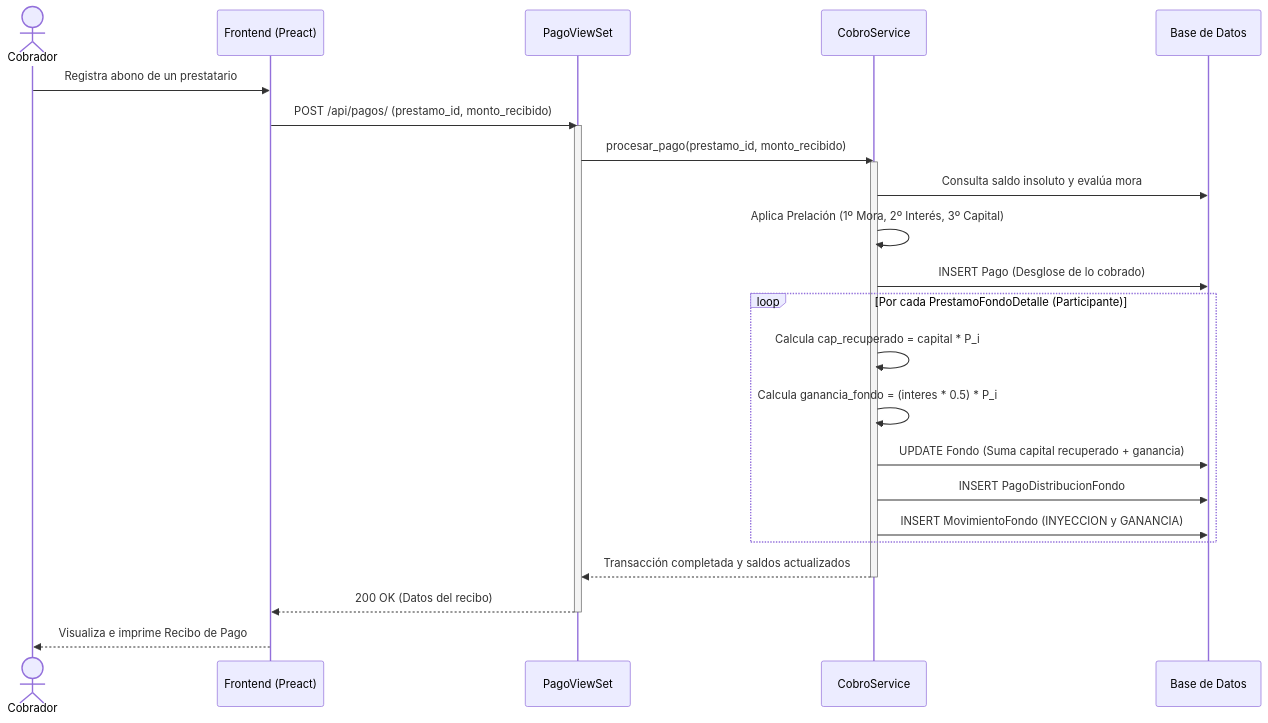
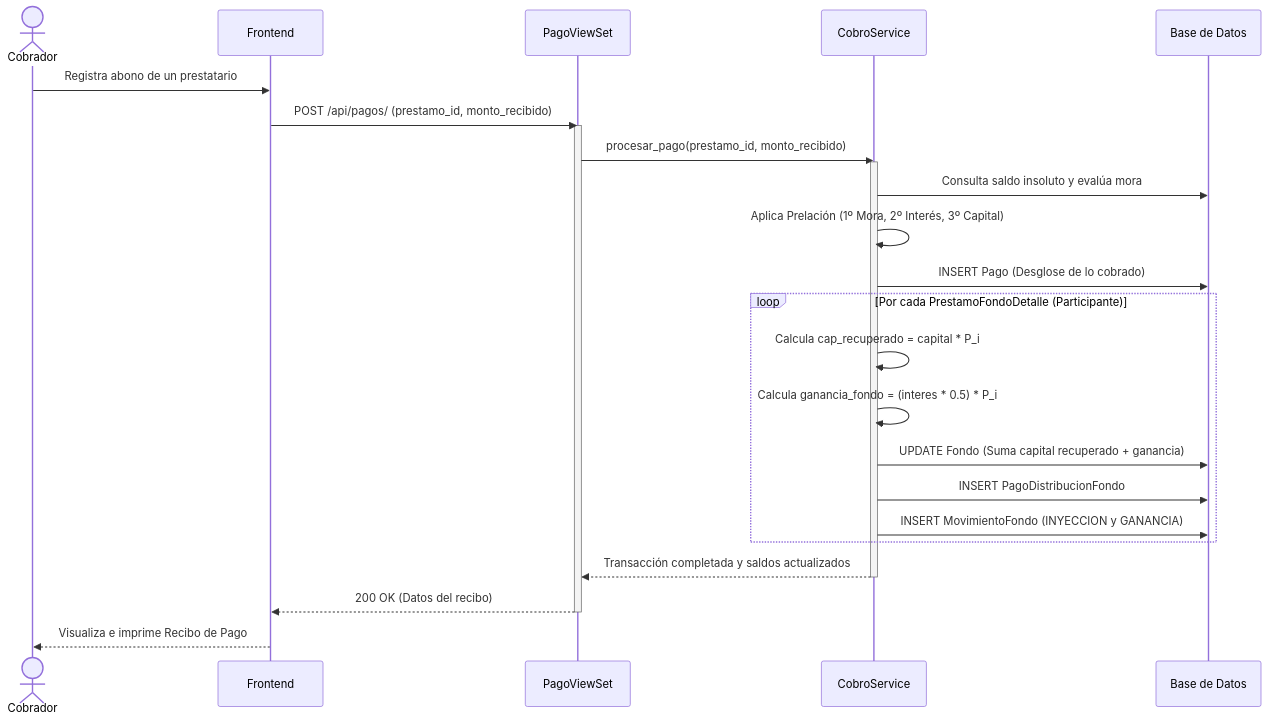
Before and after one commit to Enyelpapuh/CAVI: the third of 4 diagrams in docs/SECCION_III_MODELADO_UML.md, drawn with Mermaid. The commit also changed other lines of this file and 2 other files, not shown here.

````diff
--- a/docs/SECCION_III_MODELADO_UML.md
+++ b/docs/SECCION_III_MODELADO_UML.md
@@ -212,29 +212,29 @@
 ```mermaid
 sequenceDiagram
     actor Cobrador
-    participant UI as Frontend (Preact)
+    participant UI as Frontend
     participant API as PagoViewSet
     participant Motor as CobroService
     participant DB as Base de Datos
 
     Cobrador->>UI: Registra abono de un prestatario
     UI->>API: POST /api/pagos/ (prestamo_id, monto_recibido)
     activate API
     API->>Motor: procesar_pago(prestamo_id, monto_recibido)
     activate Motor
     Motor->>DB: Consulta saldo insoluto y evalúa mora
     Motor->>Motor: Aplica Prelación (1º Mora, 2º Interés, 3º Capital)
     Motor->>DB: INSERT Pago (Desglose de lo cobrado)
     loop Por cada PrestamoFondoDetalle (Participante)
         Motor->>Motor: Calcula cap_recuperado = capital * P_i
         Motor->>Motor: Calcula ganancia_fondo = (interes * 0.5) * P_i
         Motor->>DB: UPDATE Fondo (Suma capital recuperado + ganancia)
         Motor->>DB: INSERT PagoDistribucionFondo
         Motor->>DB: INSERT MovimientoFondo (INYECCION y GANANCIA)
     end
     Motor-->>API: Transacción completada y saldos actualizados
     deactivate Motor
     API-->>UI: 200 OK (Datos del recibo)
     deactivate API
     UI-->>Cobrador: Visualiza e imprime Recibo de Pago
 ```
````
